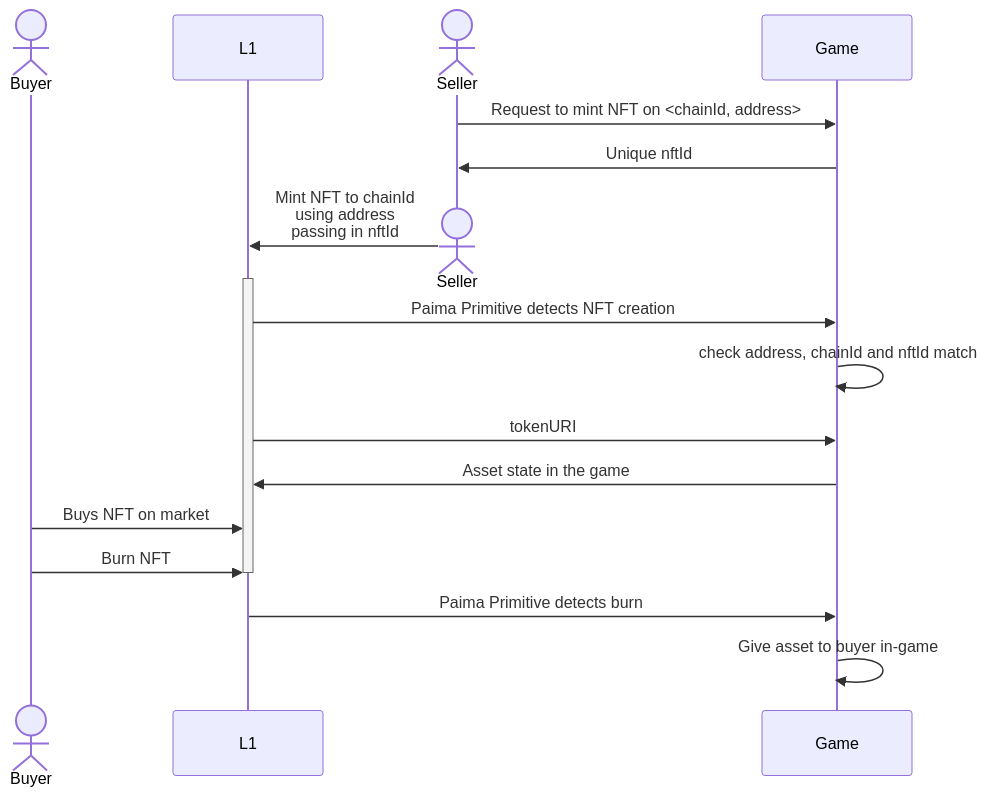
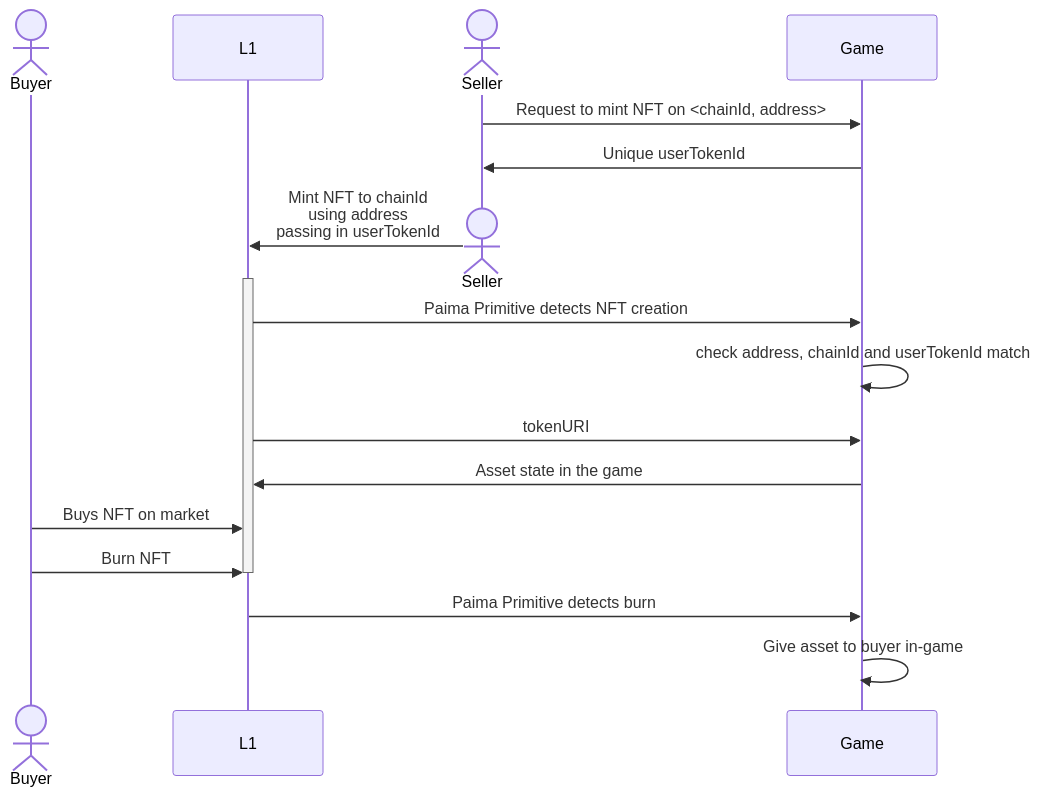
The diagram in PRCS/prc-3.md (PaimaStudios/PRC), drawn with Mermaid before and after one commit. The commit also changed other lines of this file, not shown here.

````diff
--- a/PRCS/prc-3.md
+++ b/PRCS/prc-3.md
@@ -75,21 +77,21 @@
 ```mermaid
 sequenceDiagram
     actor Buyer
     participant L1
     actor Seller
     participant Game
     Seller->>Game: Request to mint NFT on <chainId, address>
-    Game->>Seller: Unique nftId
+    Game->>Seller: Unique userTokenId
     destroy Seller
-    Seller->>L1: Mint NFT to chainId <br> using address<br> passing in nftId
+    Seller->>L1: Mint NFT to chainId <br> using address<br> passing in userTokenId
     activate L1
     L1->>Game: Paima Primitive detects NFT creation
-    Game->>Game: check address, chainId and nftId match
+    Game->>Game: check address, chainId and userTokenId match
     L1->>Game: tokenURI
     Game->>L1: Asset state in the game
     Buyer->>L1: Buys NFT on market
     Buyer->>L1: Burn NFT
     deactivate L1
     L1->>Game: Paima Primitive detects burn
     Game->>Game: Give asset to buyer in-game
 ```
````
